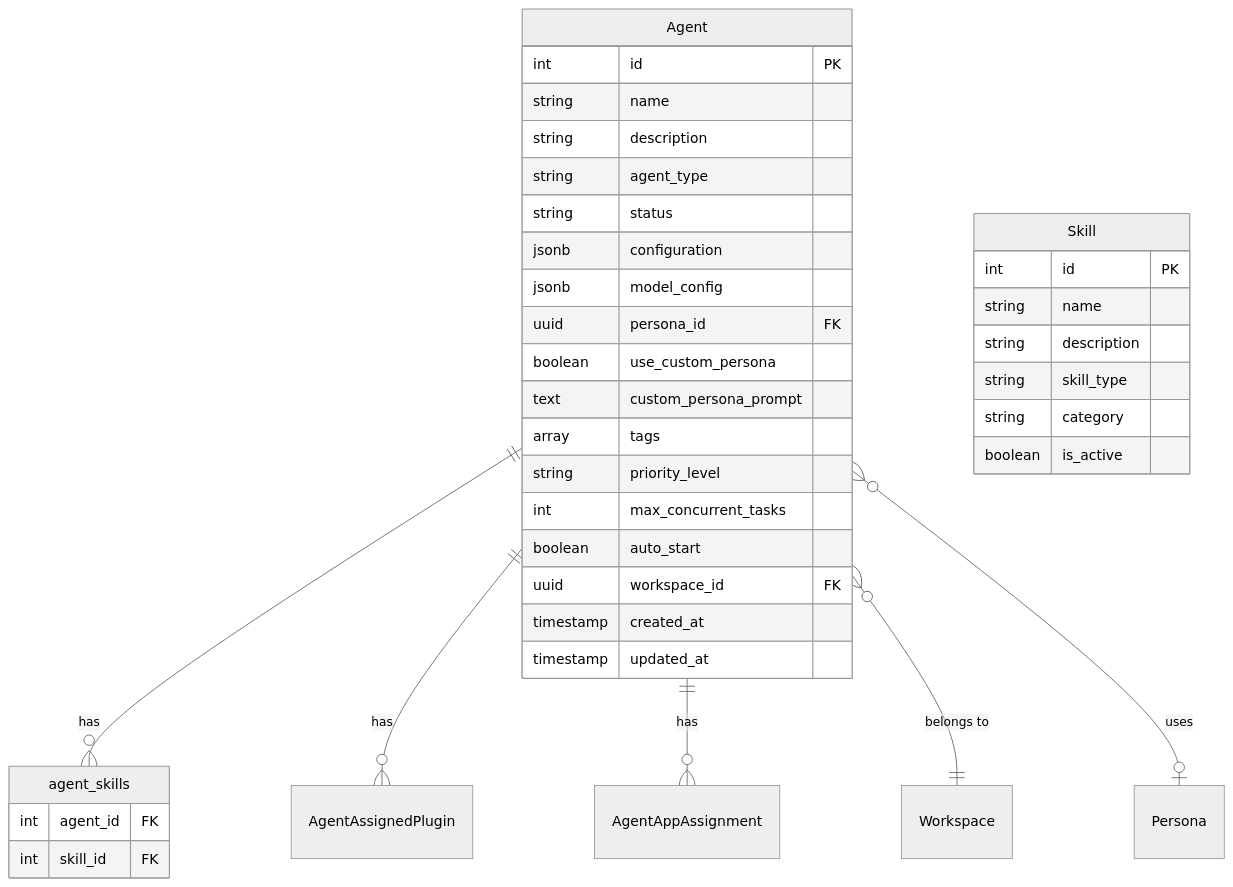
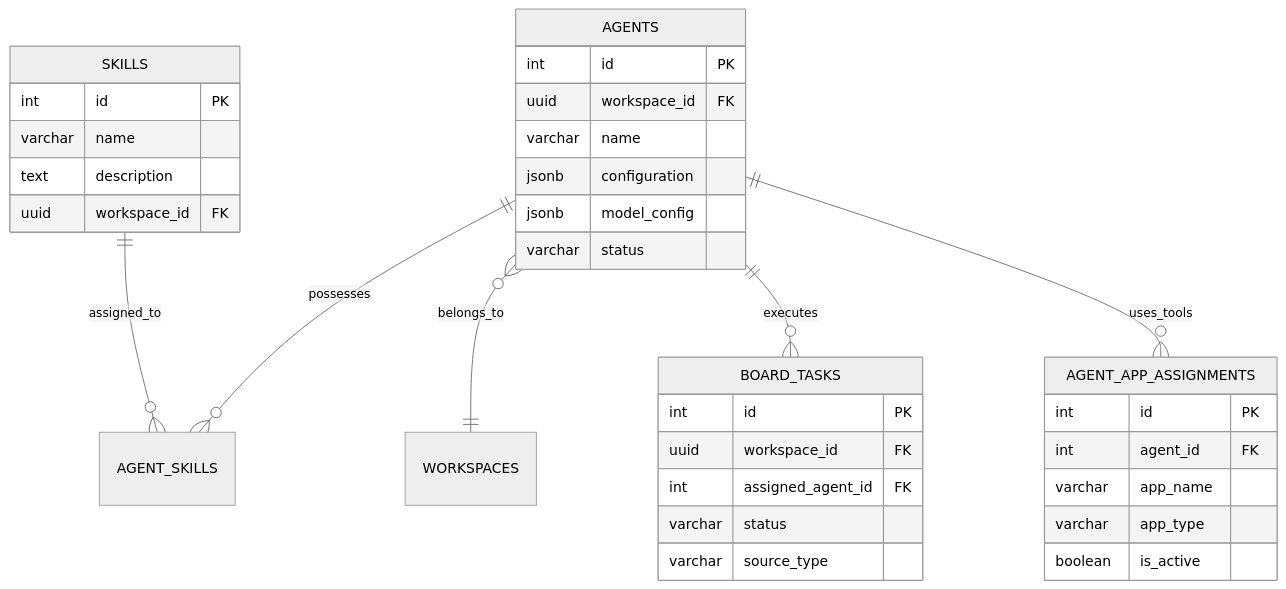
Before and after one commit to AutomatosAI/automatos-ai: the second of 3 diagrams in docs/backend-architecture/database-models.md, drawn with Mermaid (neutral theme). The commit also changed other lines of this file and 149 other files, not shown here.

Commit message:
docs: refresh documentation with graphify semantic scan

````diff
--- a/docs/backend-architecture/database-models.md
+++ b/docs/backend-architecture/database-models.md
@@ -99,42 +81,40 @@
 ```mermaid
 erDiagram
-    Agent ||--o{ agent_skills : "has"
-    Agent ||--o{ AgentAssignedPlugin : "has"
-    Agent ||--o{ AgentAppAssignment : "has"
-    Agent }o--|| Workspace : "belongs to"
-    Agent }o--o| Persona : "uses"
+    AGENTS ||--o{ AGENT_SKILLS : "possesses"
+    SKILLS ||--o{ AGENT_SKILLS : "assigned_to"
+    AGENTS }o--|| WORKSPACES : "belongs_to"
+    AGENTS ||--o{ BOARD_TASKS : "executes"
+    AGENTS ||--o{ AGENT_APP_ASSIGNMENTS : "uses_tools"
     
-    Agent {
+    AGENTS {
         int id PK
-        string name
-        string description
-        string agent_type
-        string status
+        uuid workspace_id FK
+        varchar name
         jsonb configuration
         jsonb model_config
-        uuid persona_id FK
-        boolean use_custom_persona
-        text custom_persona_prompt
-        array tags
-        string priority_level
-        int max_concurrent_tasks
-        boolean auto_start
-        uuid workspace_id FK
-        timestamp created_at
-        timestamp updated_at
+        varchar status
     }
     
-    agent_skills {
-        int agent_id FK
-        int skill_id FK
+    SKILLS {
+        int id PK
+        varchar name
+        text description
+        uuid workspace_id FK
     }
     
-    Skill {
+    BOARD_TASKS {
         int id PK
-        string name
-        string description
-        string skill_type
-        string category
+        uuid workspace_id FK
+        int assigned_agent_id FK
+        varchar status
+        varchar source_type
+    }
+
+    AGENT_APP_ASSIGNMENTS {
+        int id PK
+        int agent_id FK
+        varchar app_name
+        varchar app_type
         boolean is_active
     }
 ```
````
